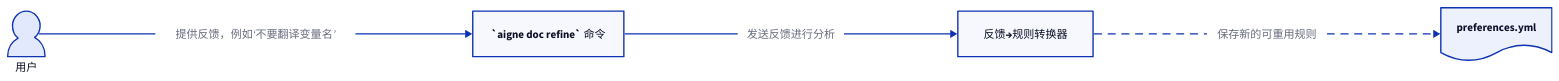
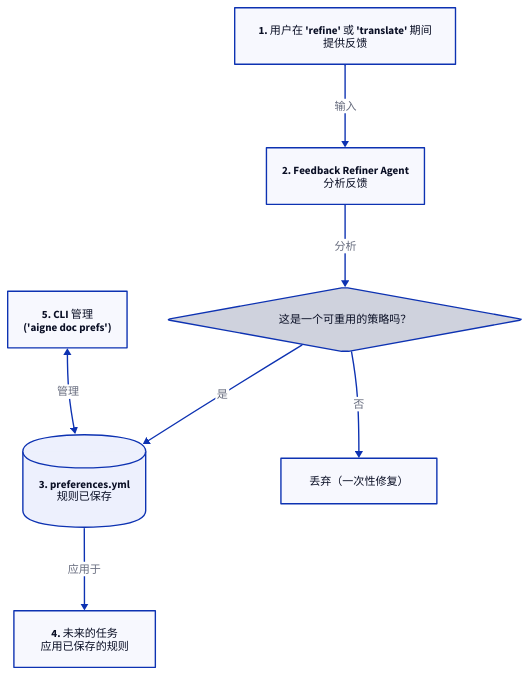
Before and after one commit to li-yechao/aigne-doc-smith: the diagram in docs/configuration-preferences.zh.md, drawn with D2. The commit also changed other lines of this file and 37 other files, not shown here.

````diff
--- a/docs/configuration-preferences.zh.md
+++ b/docs/configuration-preferences.zh.md
@@ -15,23 +9,41 @@
-```d2
-direction: right
+```d2 偏好生命周期
+direction: down
 
-User: {
-  shape: person
-  label: "用户"
+feedback: {
+  label: "1. 用户在 'refine' 或 'translate' 期间\n提供反馈"
+  shape: rectangle
 }
 
-Refine: "`aigne doc refine` 命令"
-
-FeedbackRefiner: "反馈→规则转换器"
-
-PreferencesFile: "preferences.yml" {
-  shape: document
+refiner: {
+  label: "2. Feedback Refiner Agent\n分析反馈"
+  shape: rectangle
 }
 
-User -> Refine: "提供反馈，例如‘不要翻译变量名’"
-Refine -> FeedbackRefiner: "发送反馈进行分析"
-FeedbackRefiner -> PreferencesFile: "保存新的可重用规则" {
-  style.animated: true
+decision: {
+  label: "这是一个可重用的策略吗？"
+  shape: diamond
 }
 
+pref_file: {
+  label: "3. preferences.yml\n规则已保存"
+  shape: cylinder
+}
+
+future_tasks: {
+  label: "4. 未来的任务\n应用已保存的规则"
+  shape: rectangle
+}
+
+cli: {
+  label: "5. CLI 管理\n('aigne doc prefs')"
+  shape: rectangle
+}
+
+feedback -> refiner: "输入"
+refiner -> decision: "分析"
+decision -> pref_file: "是"
+decision -> "丢弃（一次性修复）": "否"
+pref_file -> future_tasks: "应用于"
+cli <-> pref_file: "管理"
+
 ```
````
